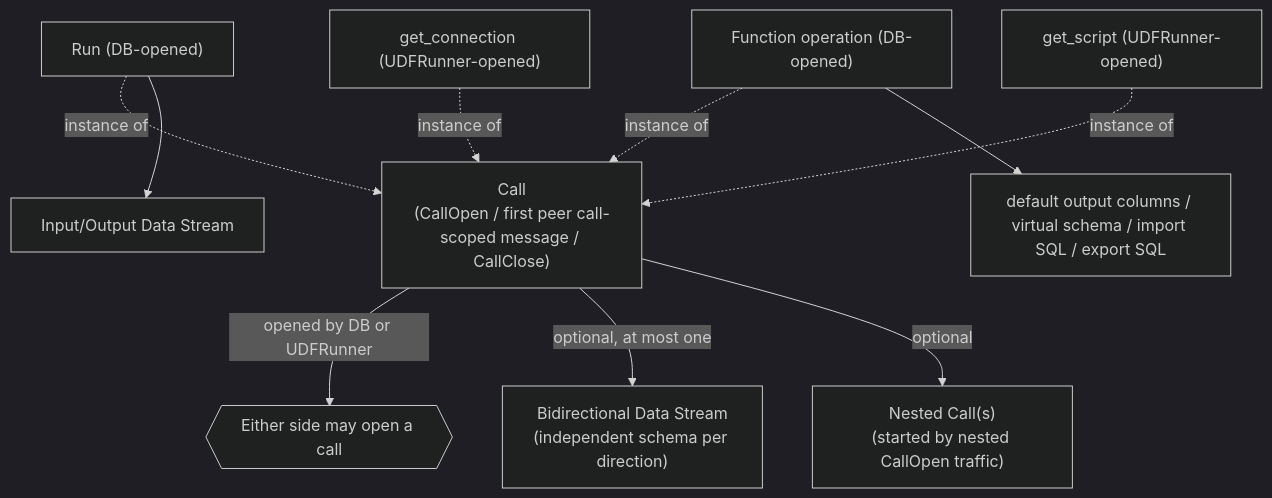
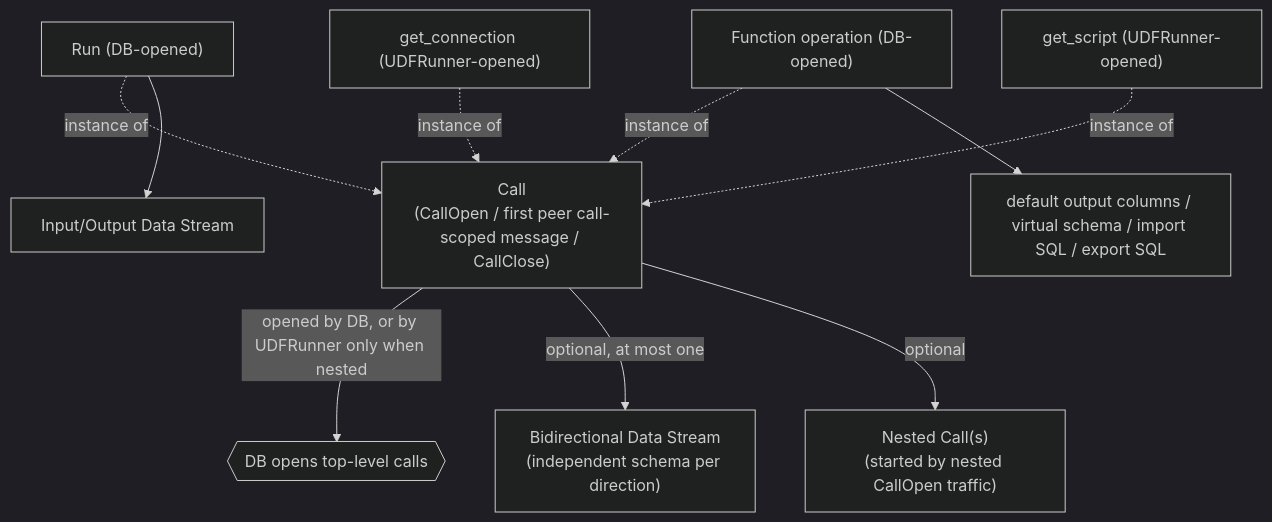
Before and after one commit to exasol/udf-runner-cpp: the diagram in doc/design/v2/protocol/high_level/call_model.mmd, drawn with Mermaid (dark theme). The commit also changed 12 other files, not shown here.

```diff
--- a/doc/design/v2/protocol/high_level/call_model.mmd
+++ b/doc/design/v2/protocol/high_level/call_model.mmd
@@ -1,13 +1,13 @@
 flowchart TD
     Call["Call\n(CallOpen / first peer call-scoped message / CallClose)"]
-    Call -->|opened by DB or UDFRunner| Opener{{"Either side may open a call"}}
+    Call -->|opened by DB, or by UDFRunner only when nested| Opener{{"DB opens top-level calls"}}
     Call -->|optional, at most one| DataStream["Bidirectional Data Stream\n(independent schema per direction)"]
     Call -->|optional| Nested["Nested Call(s)\n(started by nested CallOpen traffic)"]
 
     Run["Run (DB-opened)"] -.->|instance of| Call
     Function["Function operation (DB-opened)"] -.->|instance of| Call
     GetConnection["get_connection (UDFRunner-opened)"] -.->|instance of| Call
     GetScript["get_script (UDFRunner-opened)"] -.->|instance of| Call
 
     Run --> RunData["Input/Output Data Stream"]
     Function --> FunctionKinds["default output columns / virtual schema / import SQL / export SQL"]
```
